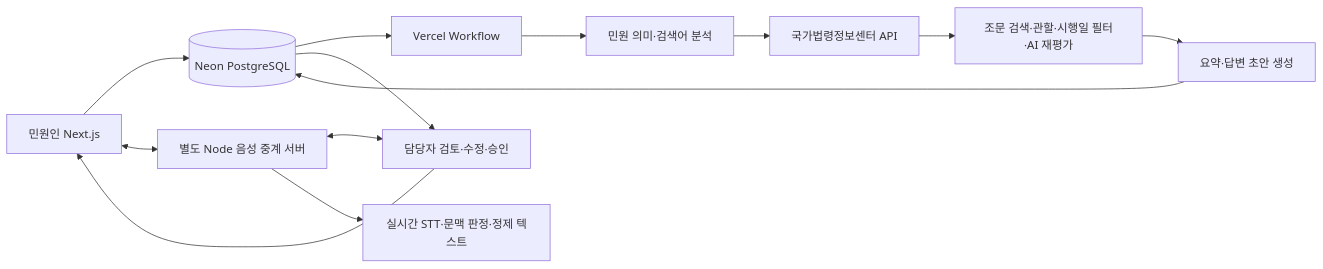
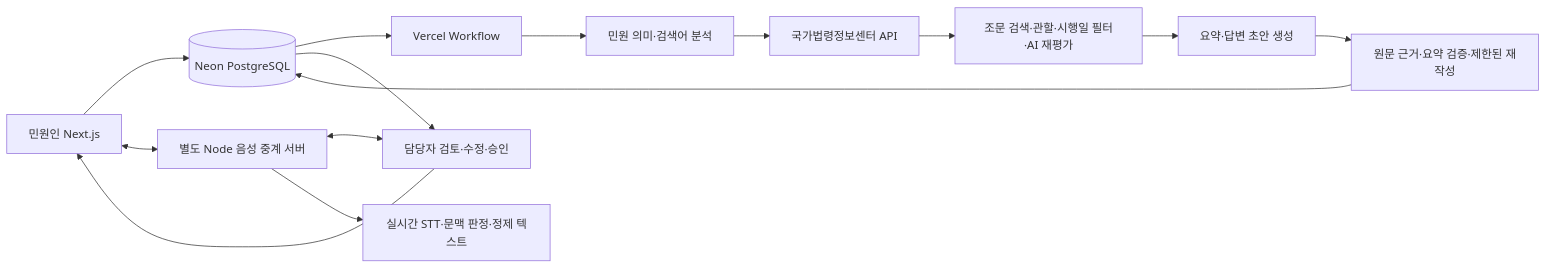
The diagram in README.md (woowangthon/WOOWANGTHON_TEAM_33_FE), drawn with Mermaid before and after one commit. The commit also changed other lines of this file and 32 other files, not shown here.

````diff
--- a/README.md
+++ b/README.md
@@ -31,15 +31,16 @@
 ```mermaid
 flowchart LR
   C[민원인 Next.js] --> D[(Neon PostgreSQL)]
   D --> W[Vercel Workflow]
   W --> P[민원 의미·검색어 분석]
   P --> L[국가법령정보센터 API]
   L --> R[조문 검색·관할·시행일 필터·AI 재평가]
   R --> A[요약·답변 초안 생성]
-  A --> D
+  A --> V[원문 근거·요약 검증·제한된 재작성]
+  V --> D
   D --> S[담당자 검토·수정·승인]
   S --> C
   C <--> B[별도 Node 음성 중계 서버]
   B <--> S
   B --> T[실시간 STT·문맥 판정·정제 텍스트]
 ```
````
